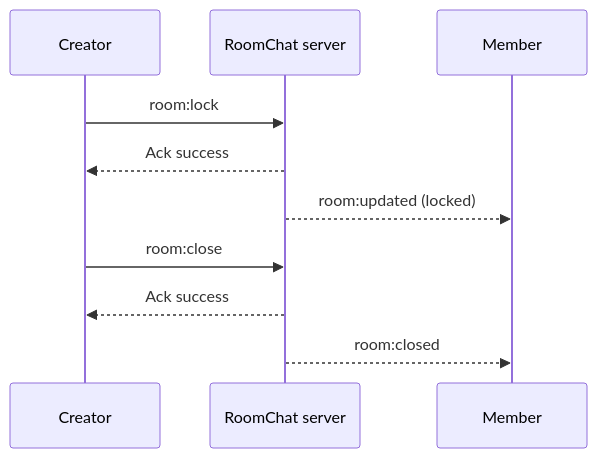
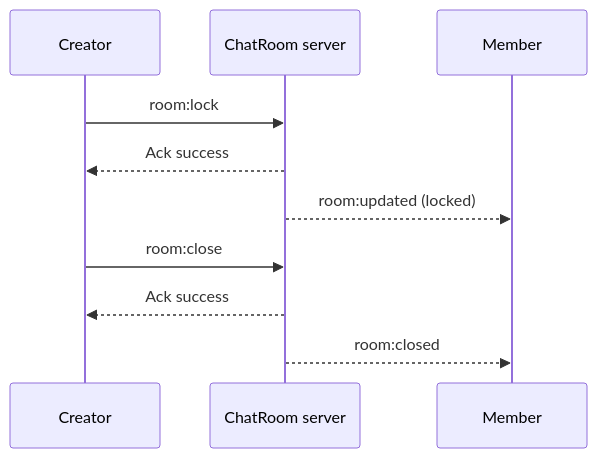
The third of 3 diagrams in ChatRoom/docs/socket-events.md (RittickDatta/full-stack-apps), drawn with Mermaid before and after one commit. The commit also changed other lines of this file and 14 other files, not shown here.

````diff
--- a/ChatRoom/docs/socket-events.md
+++ b/ChatRoom/docs/socket-events.md
@@ -154,13 +154,13 @@
 ```mermaid
 sequenceDiagram
     participant A as Creator
-    participant S as RoomChat server
+    participant S as ChatRoom server
     participant B as Member
 
     A->>S: room:lock
     S-->>A: Ack success
     S-->>B: room:updated (locked)
     A->>S: room:close
     S-->>A: Ack success
     S-->>B: room:closed
 ```
````
